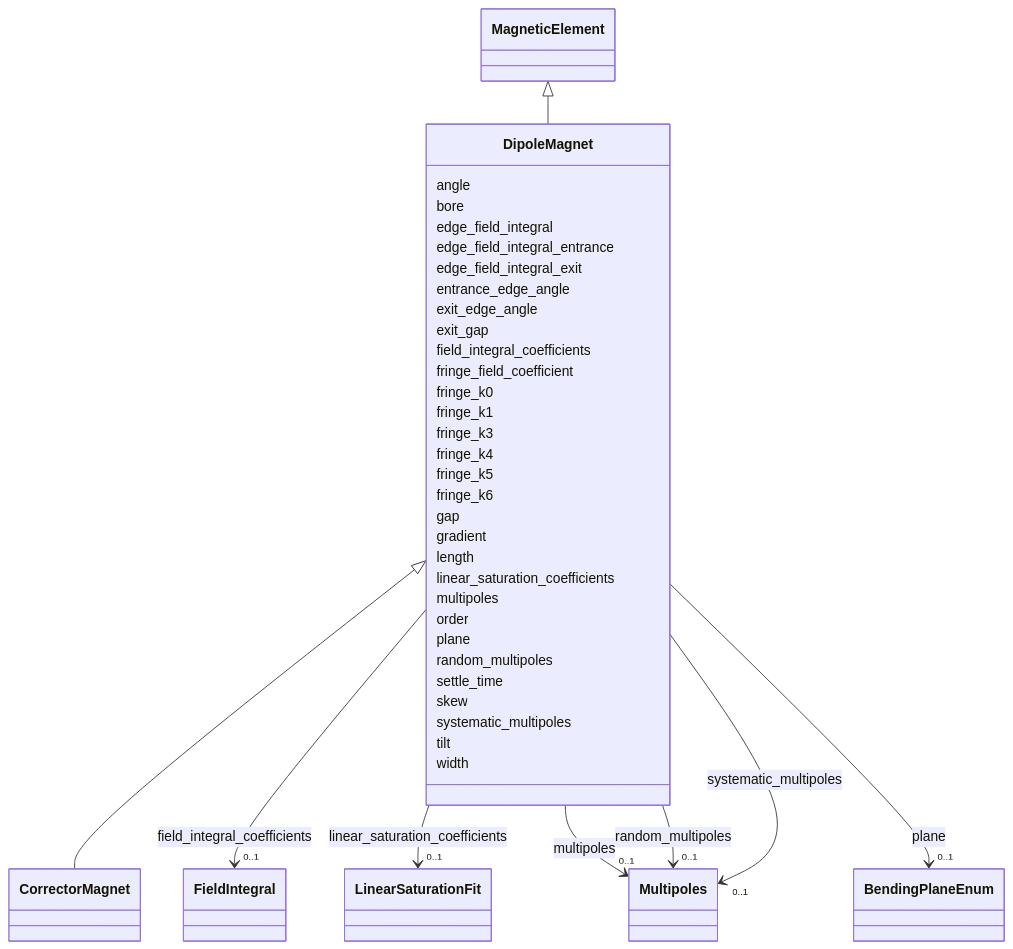
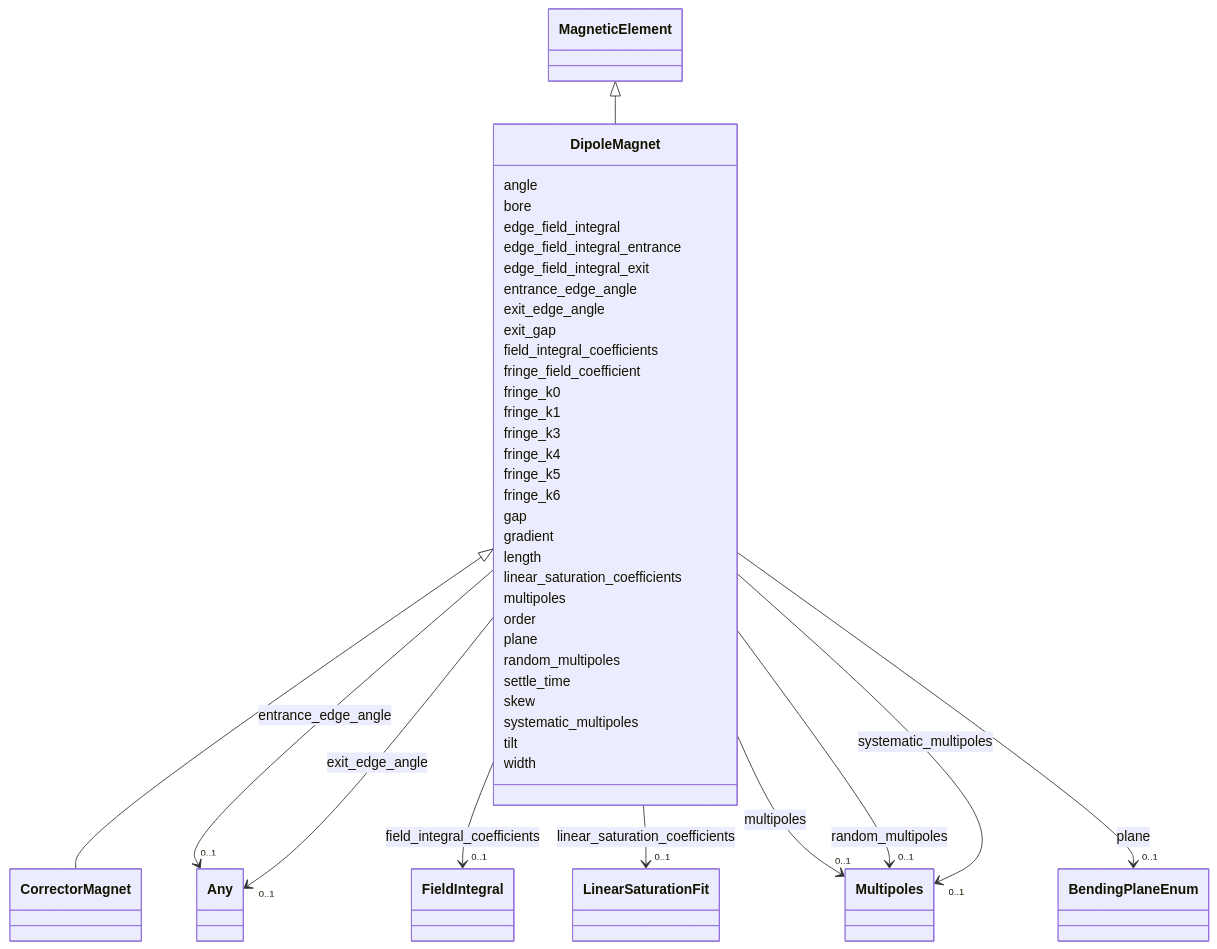
Before and after one commit to astec-stfc/laura: the diagram in docs/source/schema/DipoleMagnet.md, drawn with Mermaid. The commit also changed other lines of this file and 101 other files, not shown here.

Commit message:
add Any type to schema since gen-pydantic can't apply a default and this helps to pass validation to multi-types vars; add inlined to elements/sections/layouts

```diff
--- a/docs/source/schema/DipoleMagnet.md
+++ b/docs/source/schema/DipoleMagnet.md
@@ -34,7 +34,25 @@
         
       DipoleMagnet : entrance_edge_angle
         
+          
+    
+        
+        
+        DipoleMagnet --> "0..1" Any : entrance_edge_angle
+        click Any href "../Any/"
+    
+
+        
       DipoleMagnet : exit_edge_angle
+        
+          
+    
+        
+        
+        DipoleMagnet --> "0..1" Any : exit_edge_angle
+        click Any href "../Any/"
+    
+
         
       DipoleMagnet : exit_gap
         
```
